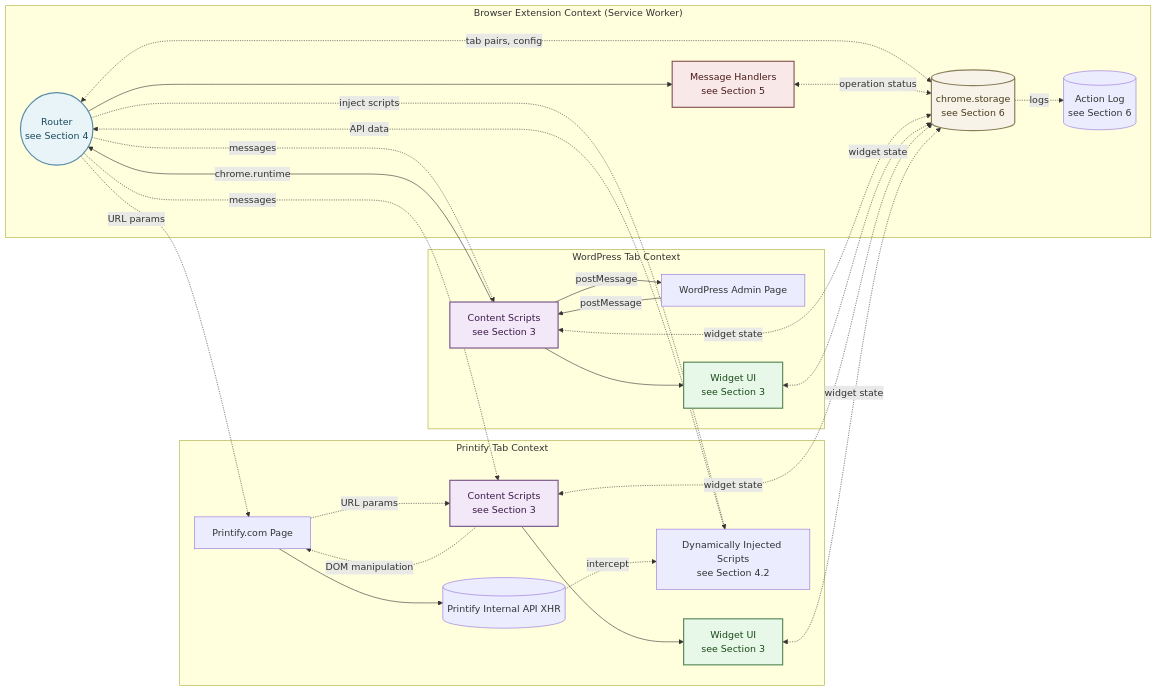
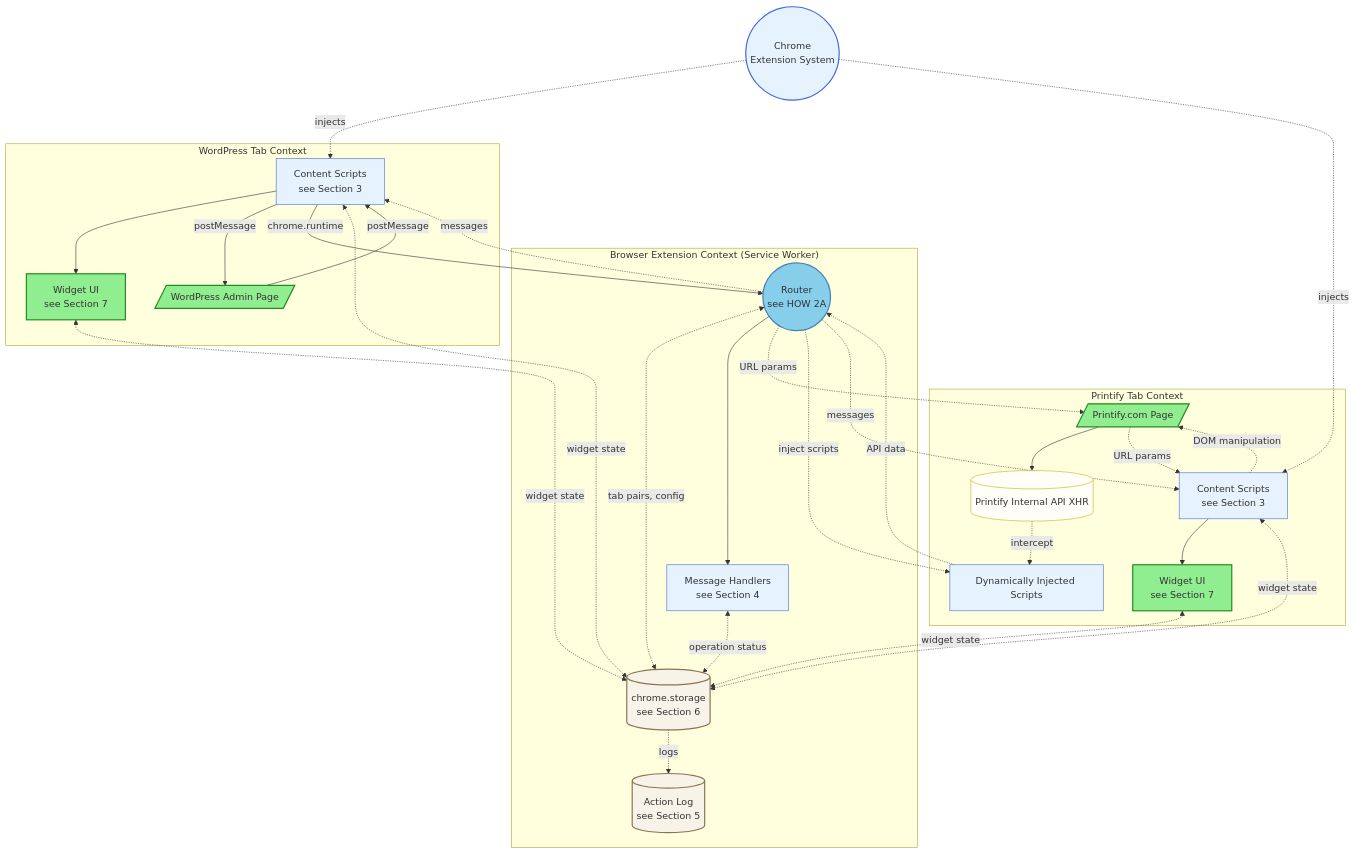
The first of 6 diagrams in guidelines/sip-printify-manager-extension-guidelines-v2.md (tdemelle-SiP/.claude), drawn with Mermaid before and after one commit. The commit also changed other lines of this file and 1 other file, not shown here.

Commit message:
getting through the extension documentation bit by bit!

````diff
--- a/guidelines/sip-printify-manager-extension-guidelines-v2.md
+++ b/guidelines/sip-printify-manager-extension-guidelines-v2.md
@@ -44,54 +41,63 @@
 ```mermaid
-graph LR
+graph TD
+  Chrome((Chrome<br/>Extension System))
+  
   subgraph "Browser Extension Context (Service Worker)"
-    Router((Router<br/>see Section 4))
+    Router((Router<br/>see HOW 2A))
     Router <-. tab pairs, config .-> Storage[(chrome.storage<br/>see Section 6)]
     Handlers <-. operation status .-> Storage
-    Router --> Handlers[Message Handlers<br/>see Section 5]
-    Storage -. logs .-> Logger[(Action Log<br/>see Section 6)]
+    Router --> Handlers[Message Handlers<br/>see Section 4]
+    Storage -. logs .-> Logger[(Action Log<br/>see Section 5)]
   end
 
   subgraph "WordPress Tab Context"
-    WPPage[WordPress Admin Page]
+    WPPage[/WordPress Admin Page/]
     WPCS[Content Scripts<br/>see Section 3]
-    WPCS --> WUI1[Widget UI<br/>see Section 3]
+    WPCS --> WUI1[Widget UI<br/>see Section 7]
     WPCS -->|postMessage| WPPage
     WPPage -->|postMessage| WPCS
     WPCS -->|chrome.runtime| Router
     WPCS <-. widget state .-> Storage
     WUI1 <-. widget state .-> Storage
   end
 
   subgraph "Printify Tab Context"
-    PrintifyPage[Printify.com Page]
+    PrintifyPage[/Printify.com Page/]
     PCS[Content Scripts<br/>see Section 3]
-    PCS --> WUI2[Widget UI<br/>see Section 3]
-    DIS[Dynamically Injected Scripts<br/>see Section 4.2]
+    PCS --> WUI2[Widget UI<br/>see Section 7]
+    DIS[Dynamically Injected Scripts]
     InternalAPI[(Printify Internal API XHR)]
     PrintifyPage --> InternalAPI
     InternalAPI -. intercept .-> DIS
     PrintifyPage -. URL params .-> PCS
     PCS -. DOM manipulation .-> PrintifyPage
     PCS <-. widget state .-> Storage
     WUI2 <-. widget state .-> Storage
     DIS -. API data .-> Router
     Router -. URL params .-> PrintifyPage
     Router -. inject scripts .-> DIS
     Router -.->|messages| PCS
     Router -.->|messages| WPCS
   end
   
-  %% Style definitions for main components
-  classDef routerStyle fill:#e8f4f8,stroke:#5a8ca8,stroke-width:2px,color:#1a4a5c
-  classDef contentStyle fill:#f3e8f8,stroke:#7d5a8a,stroke-width:2px,color:#3d1a4a
-  classDef storageStyle fill:#f8f3e8,stroke:#8a7d5a,stroke-width:2px,color:#4a3d1a
-  classDef uiStyle fill:#e8f8e8,stroke:#5a8a5a,stroke-width:2px,color:#1a4a1a
-  classDef handlerStyle fill:#f8e8e8,stroke:#8a5a5a,stroke-width:2px,color:#4a1a1a
+  Chrome -.->|injects| WPCS
+  Chrome -.->|injects| PCS
+  
+  %% Style definitions
+  classDef userFacingStyle fill:#90EE90,stroke:#228B22,stroke-width:2px
+  classDef routerStyle fill:#87CEEB,stroke:#4682B4,stroke-width:2px
+  classDef scriptStyle fill:#E6F3FF,stroke:#4169E1,stroke-width:1px
+  classDef storageStyle fill:#F8F3E8,stroke:#8B7355,stroke-width:2px
+  classDef externalStyle fill:#FFFEF7,stroke:#DAA520,stroke-width:1px
+  classDef groupStyle fill:#F3E8F8,stroke:#8B7AB8,stroke-width:2px
+  classDef chromeStyle fill:#E6F3FF,stroke:#4169E1,stroke-width:2px
   
   %% Apply styles to nodes
+  class WPPage,PrintifyPage,WUI1,WUI2 userFacingStyle
   class Router routerStyle
-  class WPCS,PCS contentStyle
-  class Storage storageStyle
-  class WUI1,WUI2 uiStyle
-  class Handlers handlerStyle
+  class WPCS,PCS,DIS scriptStyle
+  class Storage,Logger storageStyle
+  class InternalAPI externalStyle
+  class Handlers scriptStyle
+  class Chrome chromeStyle
 ```
````
